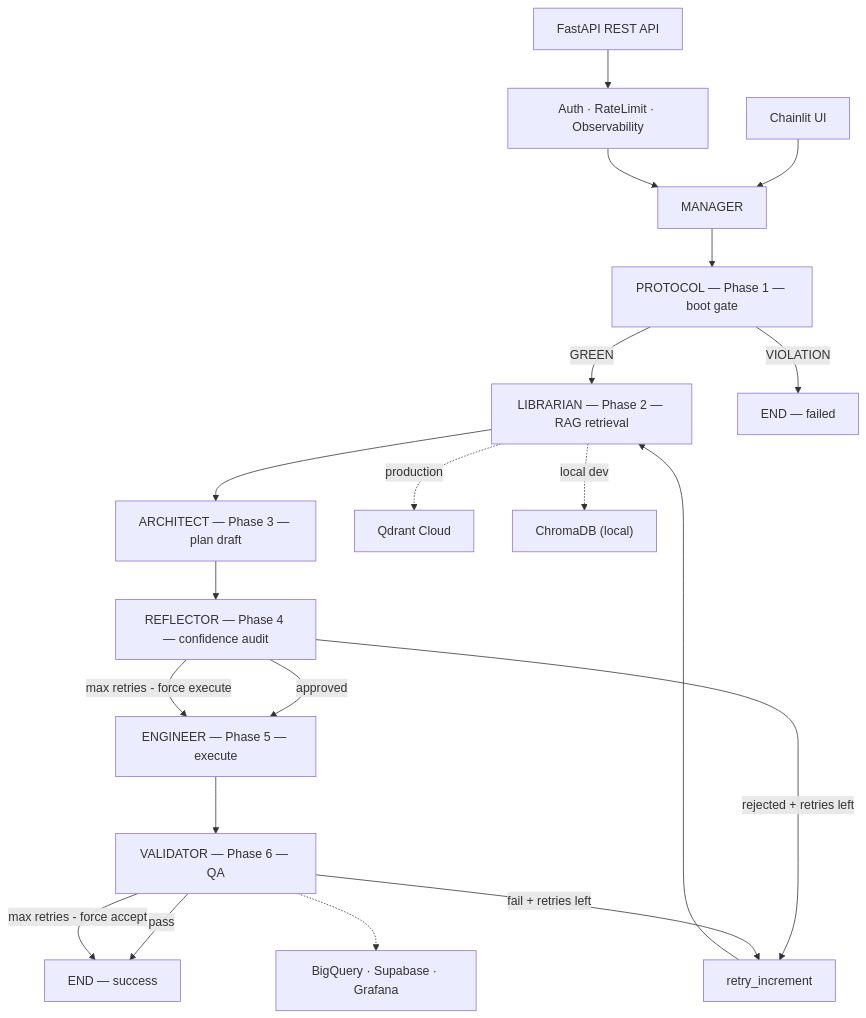
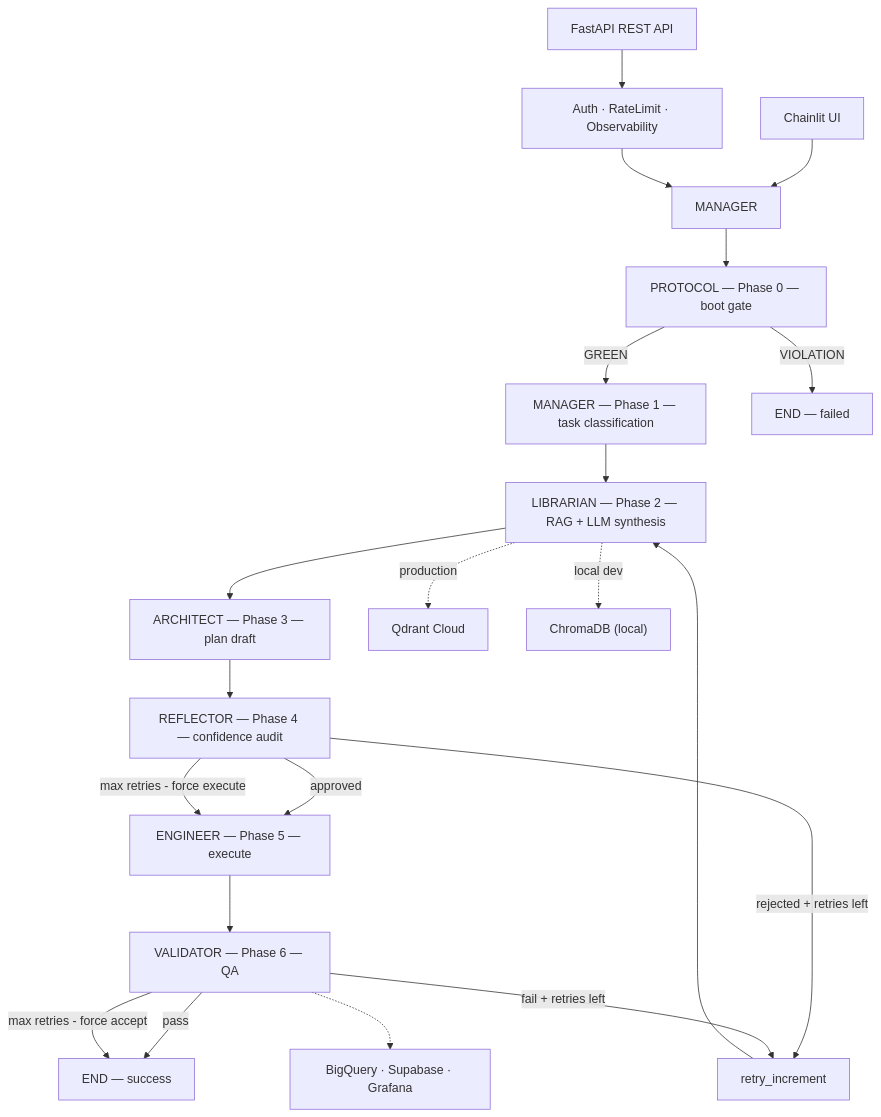
One commit to cherubini-sam/agenticssdlc changed the first of 4 diagrams in README.md. Above: the diagram before and after it, drawn with Mermaid. The commit also changed other lines of this file and 96 other files, not shown here.

````diff
--- a/README.md
+++ b/README.md
@@ -90,37 +92,39 @@
 ```mermaid
 flowchart TD
     UI["Chainlit UI"]
     API["FastAPI REST API"]
     MW["Auth · RateLimit · Observability"]
     MANAGER["MANAGER"]
-    P1["PROTOCOL — Phase 1 — boot gate"]
-    P2["LIBRARIAN — Phase 2 — RAG retrieval"]
+    P0["PROTOCOL — Phase 0 — boot gate"]
+    P1["MANAGER — Phase 1 — task classification"]
+    P2["LIBRARIAN — Phase 2 — RAG + LLM synthesis"]
     P3["ARCHITECT — Phase 3 — plan draft"]
     P4["REFLECTOR — Phase 4 — confidence audit"]
     P5["ENGINEER — Phase 5 — execute"]
     P6["VALIDATOR — Phase 6 — QA"]
     RETRY["retry_increment"]
     END_FAIL["END — failed"]
     END_OK["END — success"]
     QD["Qdrant Cloud"]
     CH["ChromaDB (local)"]
     ANALYTICS["BigQuery · Supabase · Grafana"]
 
     UI --> MANAGER
     API --> MW --> MANAGER
-    MANAGER --> P1
-    P1 -->|GREEN| P2
-    P1 -->|VIOLATION| END_FAIL
+    MANAGER --> P0
+    P0 -->|GREEN| P1
+    P0 -->|VIOLATION| END_FAIL
+    P1 --> P2
     P2 --> P3 --> P4
     P4 -->|approved| P5
     P4 -->|rejected + retries left| RETRY
     P4 -->|max retries - force execute| P5
     P5 --> P6
     P6 -->|pass| END_OK
     P6 -->|fail + retries left| RETRY
     P6 -->|max retries - force accept| END_OK
     RETRY --> P2
     P2 -.->|production| QD
     P2 -.->|local dev| CH
     P6 -.-> ANALYTICS
 ```
````
